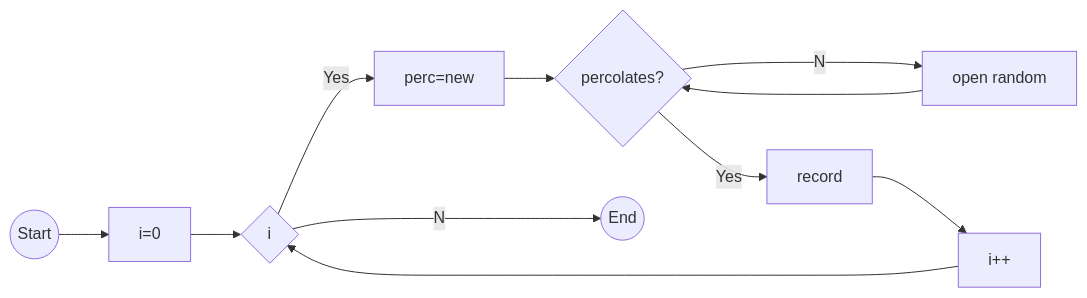
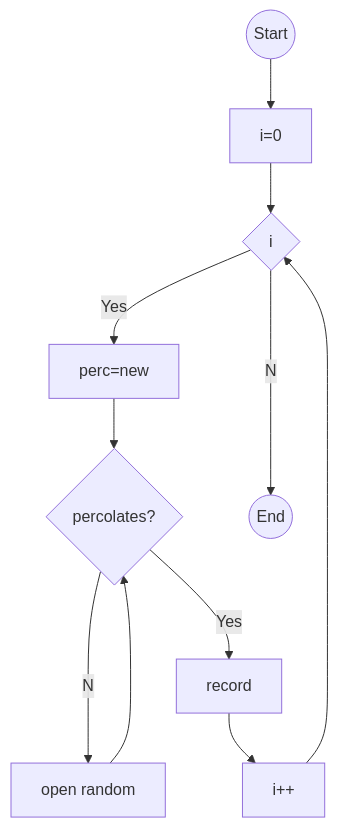
One commit to AmpongJkevin2/Flowchart- changed the diagram in problemSet2/PercolationStats.mmd. Above: the diagram before and after it, drawn with Mermaid. The commit also changed 6 other files, not shown here.

```diff
--- a/problemSet2/PercolationStats.mmd
+++ b/problemSet2/PercolationStats.mmd
@@ -1,1 +1,1 @@
-graph LR; A((Start))-->B[i=0]; B-->C{i<trials?}; C--Yes-->D[perc=new]; D-->E{percolates?}; E--No-->F[open random]; F-->E; E--Yes-->G[record]; G-->H[i++]; H-->C; C--No-->K((End));
+graph TD; A((Start))-->B[i=0]; B-->C{i<trials?}; C--Yes-->D[perc=new]; D-->E{percolates?}; E--No-->F[open random]; F-->E; E--Yes-->G[record]; G-->H[i++]; H-->C; C--No-->K((End));
```
